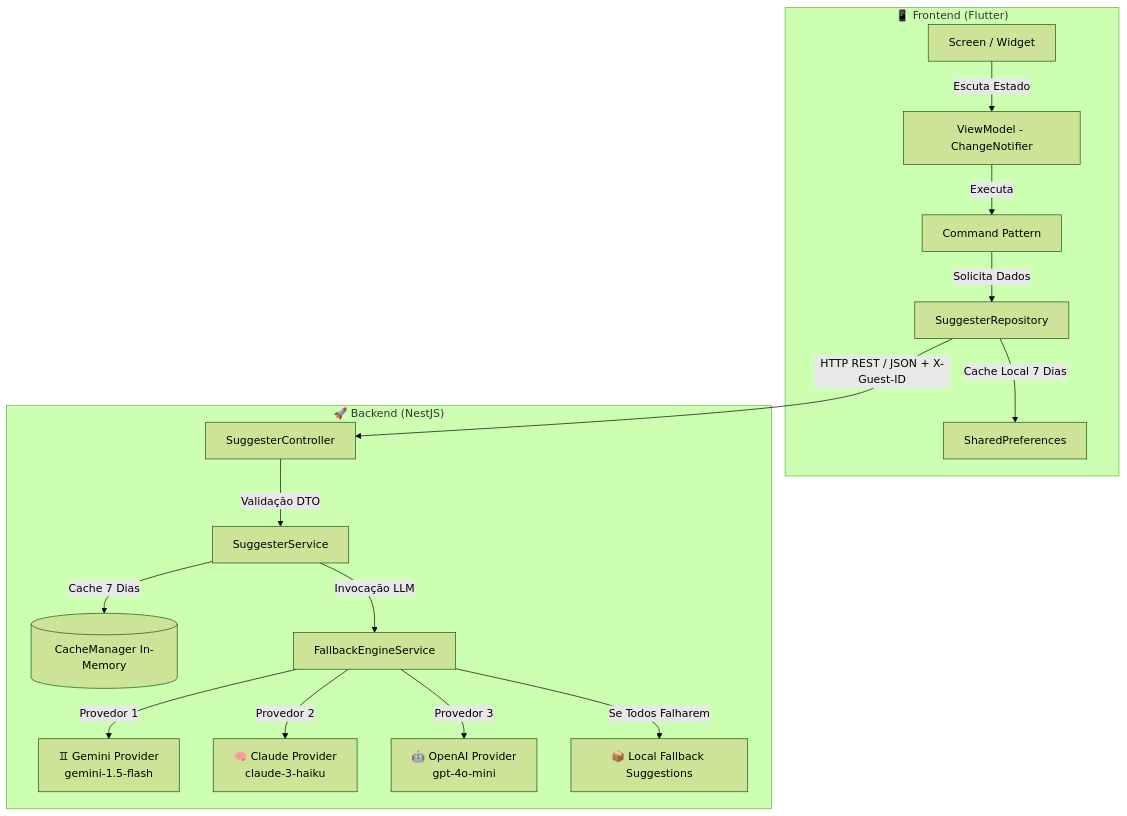
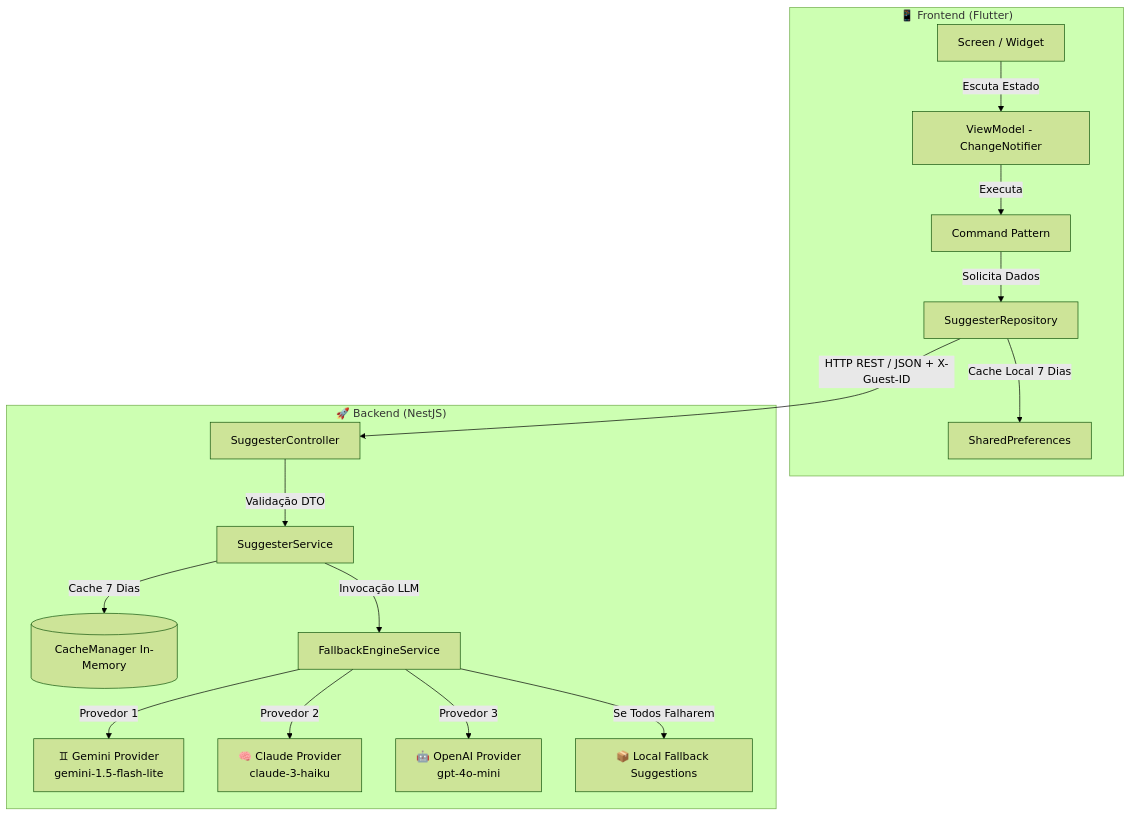
One commit to smash-gift/fullstack-dev-test changed the diagram in README.md. Above: the diagram before and after it, drawn with Mermaid (forest theme). The commit also changed other lines of this file and 47 other files, not shown here.

````diff
--- a/README.md
+++ b/README.md
@@ -30,21 +36,21 @@
 ```mermaid
 graph TD
     subgraph Frontend ["📱 Frontend (Flutter)"]
         UI[Screen / Widget] -->|Escuta Estado| VM[ViewModel - ChangeNotifier]
         VM -->|Executa| Cmd[Command Pattern]
         Cmd -->|Solicita Dados| Repo[SuggesterRepository]
         Repo -->|Cache Local 7 Dias| LocalCache[SharedPreferences]
     end
 
     subgraph Backend ["🚀 Backend (NestJS)"]
         Repo -->|HTTP REST / JSON + X-Guest-ID| Controller[SuggesterController]
         Controller -->|Validação DTO| Service[SuggesterService]
         Service -->|Cache 7 Dias| CacheMem[(CacheManager In-Memory)]
         Service -->|Invocação LLM| FallbackEngine[FallbackEngineService]
         
-        FallbackEngine -->|Provedor 1| Gemini[♊ Gemini Provider<br/>gemini-1.5-flash]
+        FallbackEngine -->|Provedor 1| Gemini[♊ Gemini Provider<br/>gemini-1.5-flash-lite]
         FallbackEngine -->|Provedor 2| Claude[🧠 Claude Provider<br/>claude-3-haiku]
         FallbackEngine -->|Provedor 3| OpenAI[🤖 OpenAI Provider<br/>gpt-4o-mini]
         FallbackEngine -->|Se Todos Falharem| StaticFallback[📦 Local Fallback Suggestions]
     end
 ```
````
